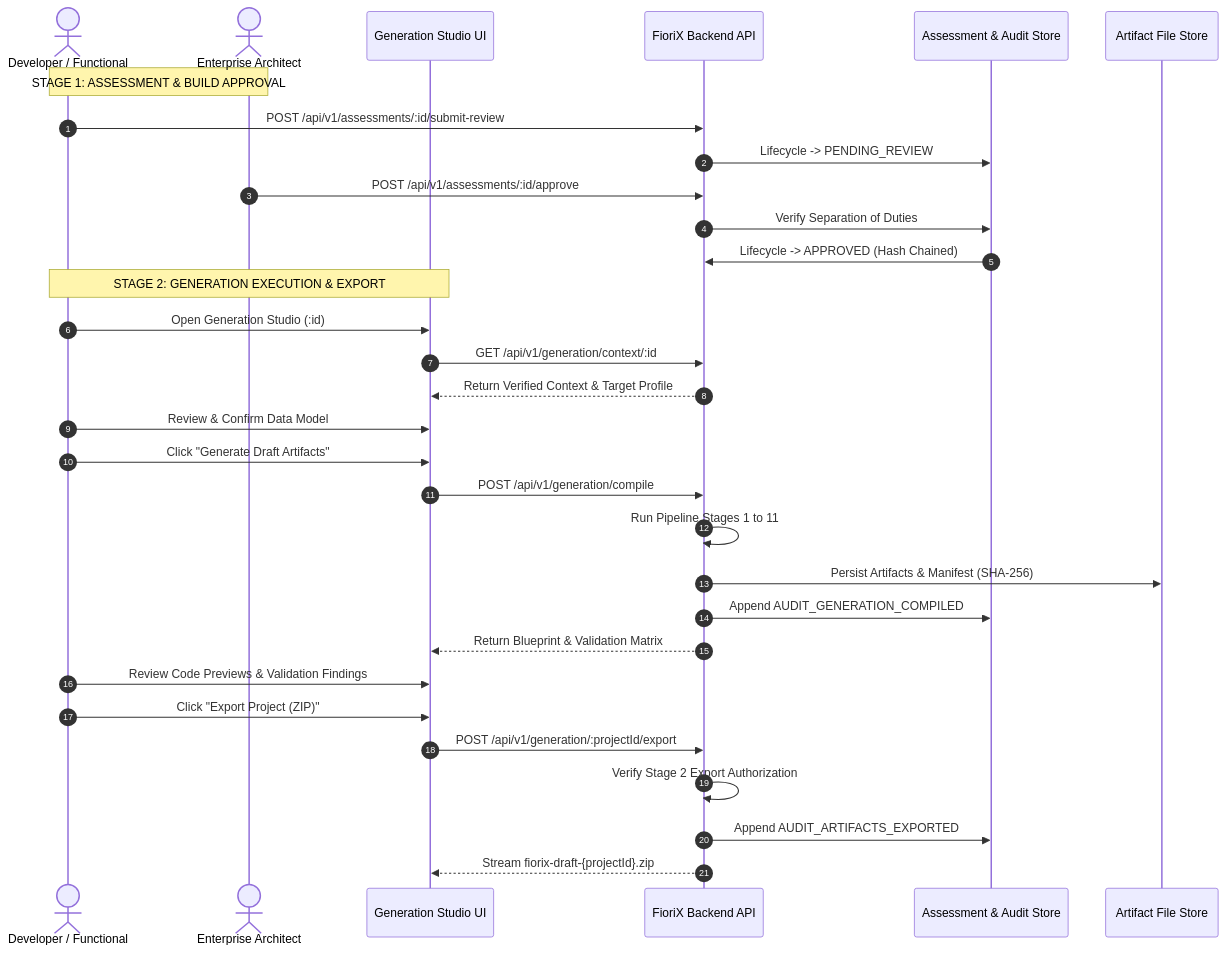
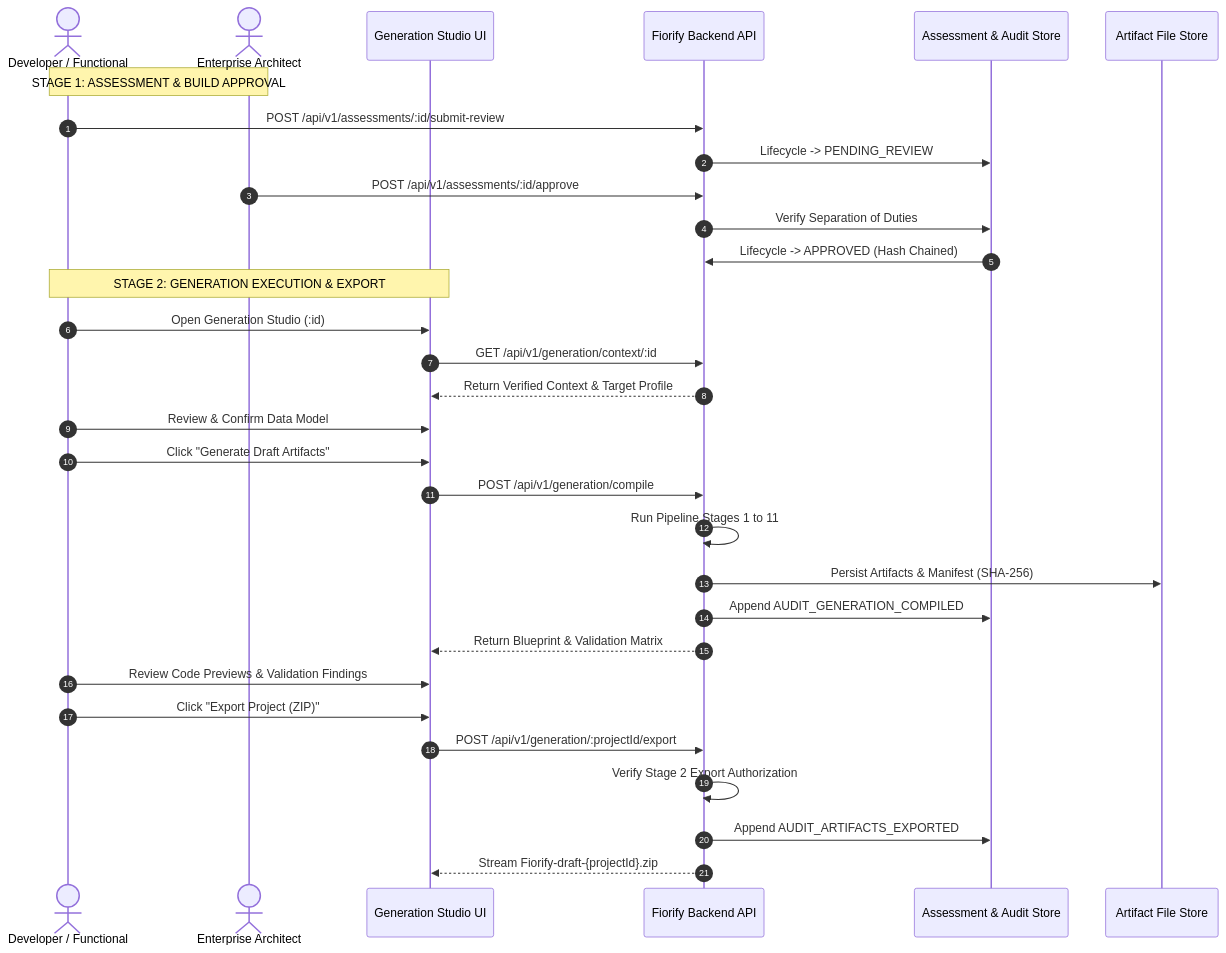
The second of 2 diagrams in docs/GENERATION_STUDIO_ARCHITECTURE.md (samarth092005/Firorix), drawn with Mermaid before and after one commit. The commit also changed other lines of this file and 395 other files, not shown here.

````diff
--- a/docs/GENERATION_STUDIO_ARCHITECTURE.md
+++ b/docs/GENERATION_STUDIO_ARCHITECTURE.md
@@ -226,35 +226,35 @@
 ```mermaid
 sequenceDiagram
     autonumber
     actor Dev as Developer / Functional
     actor Arch as Enterprise Architect
     participant FE as Generation Studio UI
-    participant BE as FioriX Backend API
+    participant BE as Fiorify Backend API
     participant Store as Assessment & Audit Store
     participant Disk as Artifact File Store
 
     Note over Dev, Arch: STAGE 1: ASSESSMENT & BUILD APPROVAL
     Dev->>BE: POST /api/v1/assessments/:id/submit-review
     BE->>Store: Lifecycle -> PENDING_REVIEW
     Arch->>BE: POST /api/v1/assessments/:id/approve
     BE->>Store: Verify Separation of Duties
     Store->>BE: Lifecycle -> APPROVED (Hash Chained)
 
     Note over Dev, FE: STAGE 2: GENERATION EXECUTION & EXPORT
     Dev->>FE: Open Generation Studio (:id)
     FE->>BE: GET /api/v1/generation/context/:id
     BE-->>FE: Return Verified Context & Target Profile
     Dev->>FE: Review & Confirm Data Model
     Dev->>FE: Click "Generate Draft Artifacts"
     FE->>BE: POST /api/v1/generation/compile
     BE->>BE: Run Pipeline Stages 1 to 11
     BE->>Disk: Persist Artifacts & Manifest (SHA-256)
     BE->>Store: Append AUDIT_GENERATION_COMPILED
     BE-->>FE: Return Blueprint & Validation Matrix
     Dev->>FE: Review Code Previews & Validation Findings
     Dev->>FE: Click "Export Project (ZIP)"
     FE->>BE: POST /api/v1/generation/:projectId/export
     BE->>BE: Verify Stage 2 Export Authorization
     BE->>Store: Append AUDIT_ARTIFACTS_EXPORTED
-    BE-->>FE: Stream fiorix-draft-{projectId}.zip
+    BE-->>FE: Stream Fiorify-draft-{projectId}.zip
 ```
````
